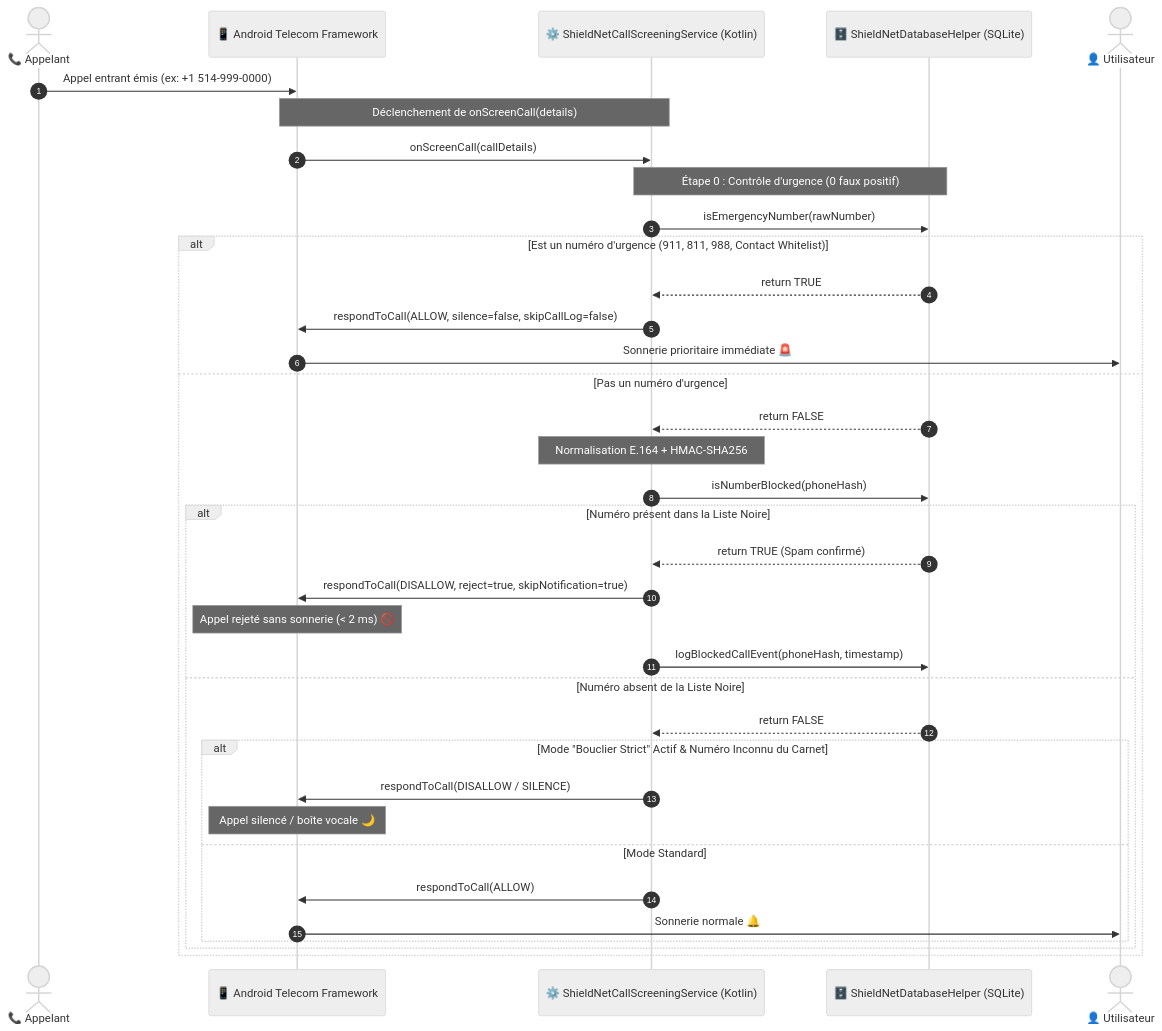
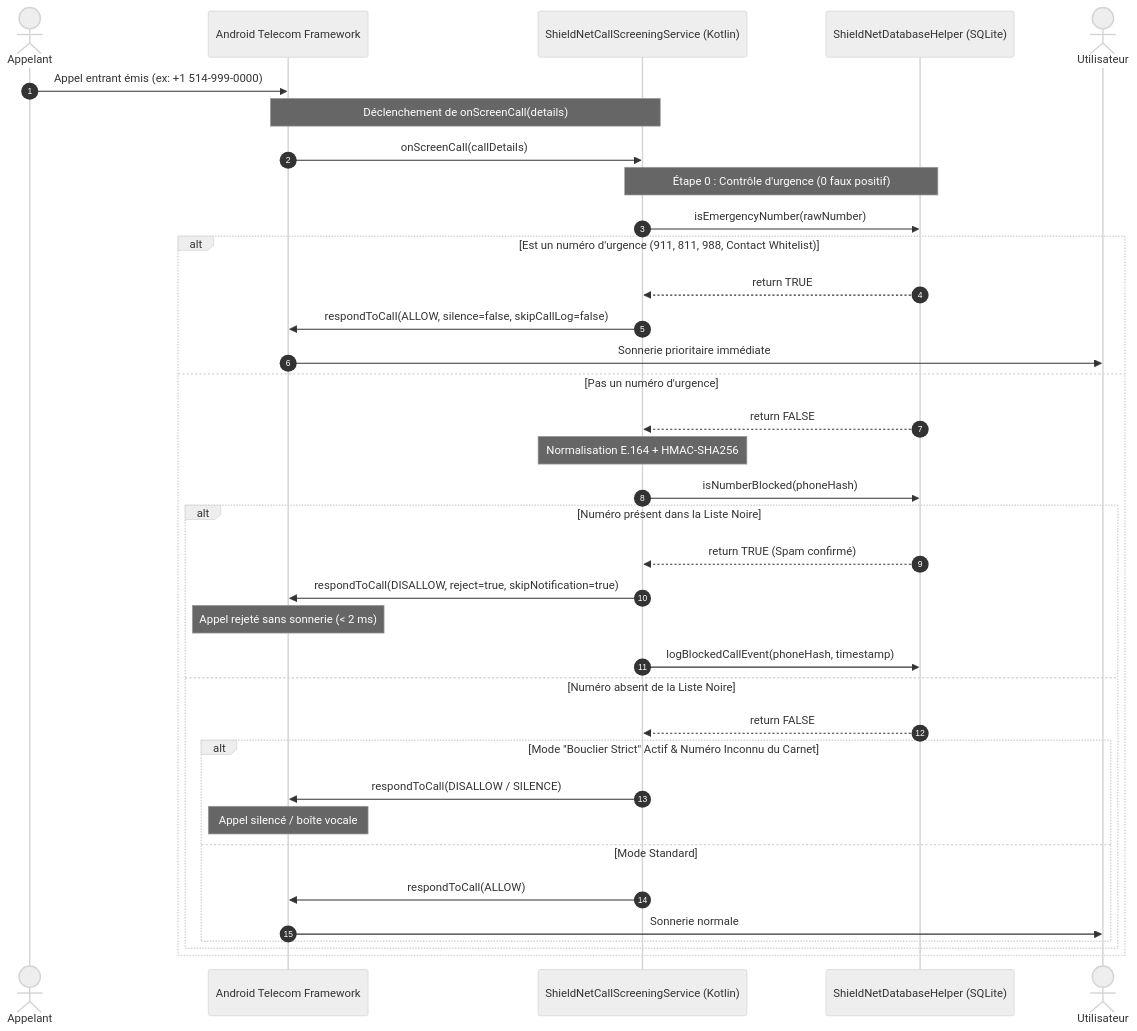
The first of 4 diagrams in ShieldNet/docs/SEQUENCE_DIAGRAMS.md (fadelilyas01/Projet-Synth-se), drawn with Mermaid (neutral theme) before and after one commit. The commit also changed other lines of this file and 63 other files, not shown here.

````diff
--- a/ShieldNet/docs/SEQUENCE_DIAGRAMS.md
+++ b/ShieldNet/docs/SEQUENCE_DIAGRAMS.md
@@ -11,45 +11,45 @@
 ```mermaid
 sequenceDiagram
     autonumber
-    actor Caller as 📞 Appelant
-    participant AndroidOS as 📱 Android Telecom Framework
-    participant NativeService as ⚙️ ShieldNetCallScreeningService (Kotlin)
-    participant NativeDB as 🗄️ ShieldNetDatabaseHelper (SQLite)
-    actor Recipient as 👤 Utilisateur
+    actor Caller as Appelant
+    participant AndroidOS as Android Telecom Framework
+    participant NativeService as ShieldNetCallScreeningService (Kotlin)
+    participant NativeDB as ShieldNetDatabaseHelper (SQLite)
+    actor Recipient as Utilisateur
 
     Caller->>AndroidOS: Appel entrant émis (ex: +1 514-999-0000)
     Note over AndroidOS,NativeService: Déclenchement de onScreenCall(details)
     AndroidOS->>NativeService: onScreenCall(callDetails)
     
     %% Étape 0 : Contrôle d'Urgence Immédiat
     Note over NativeService,NativeDB: Étape 0 : Contrôle d'urgence (0 faux positif)
     NativeService->>NativeDB: isEmergencyNumber(rawNumber)
     alt Est un numéro d'urgence (911, 811, 988, Contact Whitelist)
         NativeDB-->>NativeService: return TRUE
         NativeService->>AndroidOS: respondToCall(ALLOW, silence=false, skipCallLog=false)
-        AndroidOS->>Recipient: Sonnerie prioritaire immédiate 🚨
+        AndroidOS->>Recipient: Sonnerie prioritaire immédiate
     else Pas un numéro d'urgence
         NativeDB-->>NativeService: return FALSE
         
         %% Étape 1 : Normalisation et Hachage
         Note over NativeService: Normalisation E.164 + HMAC-SHA256
         NativeService->>NativeDB: isNumberBlocked(phoneHash)
         
         alt Numéro présent dans la Liste Noire
             NativeDB-->>NativeService: return TRUE (Spam confirmé)
             NativeService->>AndroidOS: respondToCall(DISALLOW, reject=true, skipNotification=true)
-            Note over AndroidOS: Appel rejeté sans sonnerie (< 2 ms) 🚫
+            Note over AndroidOS: Appel rejeté sans sonnerie (< 2 ms)
             NativeService->>NativeDB: logBlockedCallEvent(phoneHash, timestamp)
         else Numéro absent de la Liste Noire
             NativeDB-->>NativeService: return FALSE
             
             alt Mode "Bouclier Strict" Actif & Numéro Inconnu du Carnet
                 NativeService->>AndroidOS: respondToCall(DISALLOW / SILENCE)
-                Note over AndroidOS: Appel silencé / boîte vocale 🌙
+                Note over AndroidOS: Appel silencé / boîte vocale
             else Mode Standard
                 NativeService->>AndroidOS: respondToCall(ALLOW)
-                AndroidOS->>Recipient: Sonnerie normale 🔔
+                AndroidOS->>Recipient: Sonnerie normale
             end
         end
     end
 ```
````
